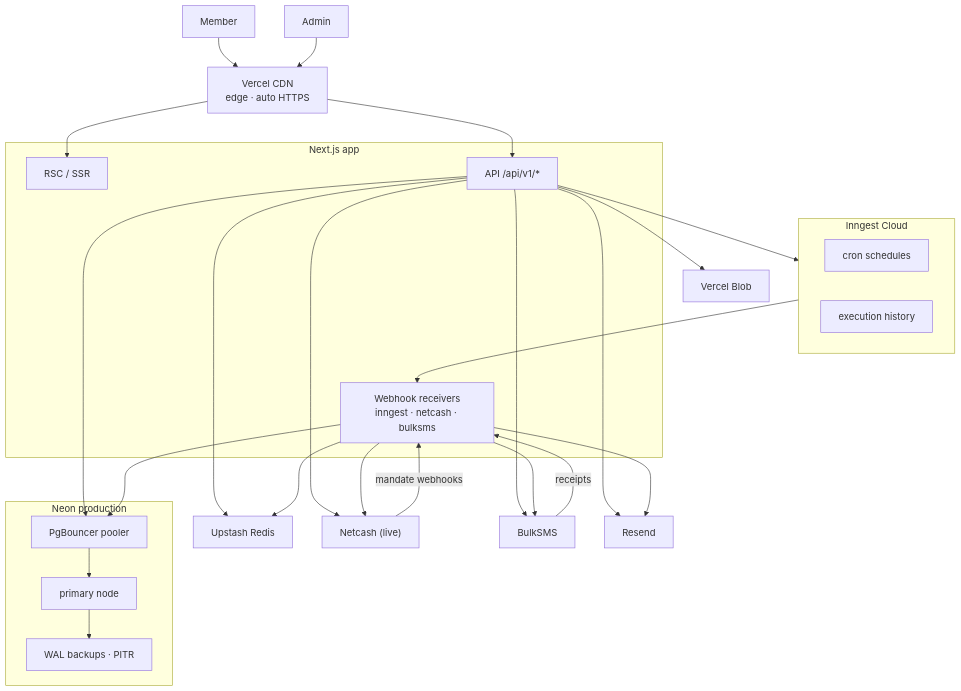
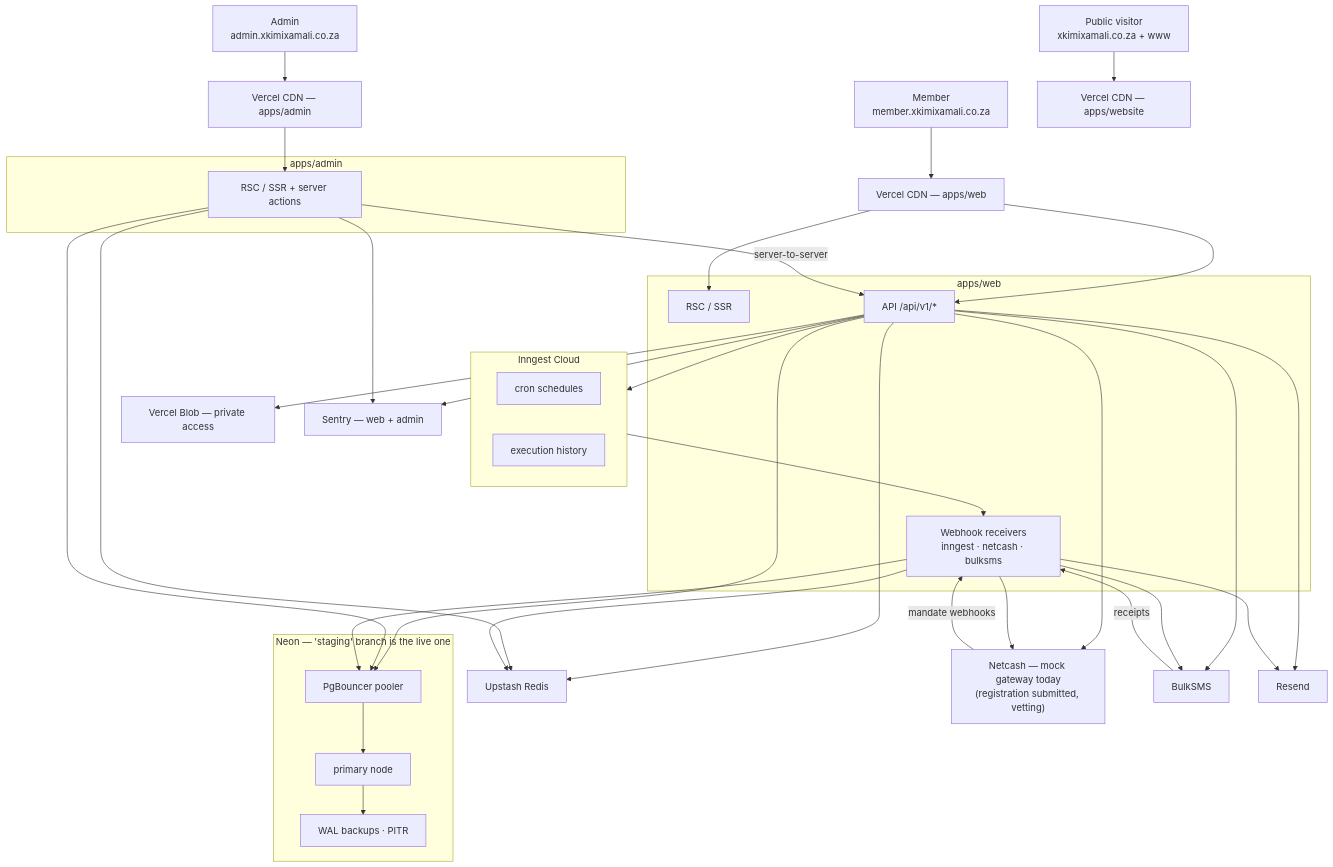
One commit to KSDRILL-SA/Xkimi-Xa-Mali changed the second of 3 diagrams in docs/architecture/04-infrastructure-deployment.md. Above: the diagram before and after it, drawn with Mermaid. The commit also changed other lines of this file and 6 other files, not shown here.

First line of the commit message:
docs: bring architecture docs current with the real 3-app stack (#437)

````diff
--- a/docs/architecture/04-infrastructure-deployment.md
+++ b/docs/architecture/04-infrastructure-deployment.md
@@ -41,30 +59,39 @@
 ```mermaid
 flowchart TB
-    MB["Member"] & AD["Admin"] --> CDN["Vercel CDN<br/>edge · auto HTTPS"]
+    MB["Member<br/>member.xkimixamali.co.za"] --> CDNW["Vercel CDN — apps/web"]
+    AD["Admin<br/>admin.xkimixamali.co.za"] --> CDNA["Vercel CDN — apps/admin"]
+    PUB["Public visitor<br/>xkimixamali.co.za + www"] --> CDNS["Vercel CDN — apps/website"]
 
-    subgraph APP["Next.js app"]
+    subgraph APP["apps/web"]
         SSR["RSC / SSR"]
         API["API /api/v1/*"]
         WH["Webhook receivers<br/>inngest · netcash · bulksms"]
     end
-    CDN --> SSR & API
+    subgraph ADMINAPP["apps/admin"]
+        ASSR["RSC / SSR + server actions"]
+    end
+    CDNW --> SSR & API
+    CDNA --> ASSR
+    ASSR -->|server-to-server| API
 
-    subgraph NEON["Neon production"]
+    subgraph NEON["Neon — 'staging' branch is the live one"]
         POOL["PgBouncer pooler"] --> PRIMARY["primary node"]
         PRIMARY --> BACKUP["WAL backups · PITR"]
     end
     REDIS["Upstash Redis"]
     subgraph INNGEST["Inngest Cloud"]
         CRON["cron schedules"]
         HIST["execution history"]
     end
-    NC["Netcash (live)"]
+    NC["Netcash — mock gateway today<br/>(registration submitted, vetting)"]
     BULK["BulkSMS"]
     RESEND["Resend"]
-    BLOB["Vercel Blob"]
+    BLOB["Vercel Blob — private access"]
+    SENTRY["Sentry — web + admin"]
 
-    API --> POOL & REDIS & NC & BULK & RESEND & BLOB & INNGEST
+    API --> POOL & REDIS & NC & BULK & RESEND & BLOB & INNGEST & SENTRY
+    ASSR --> POOL & REDIS & SENTRY
     INNGEST --> WH --> POOL & REDIS & NC & BULK & RESEND
     NC -->|mandate webhooks| WH
     BULK -->|receipts| WH
 ```
````
